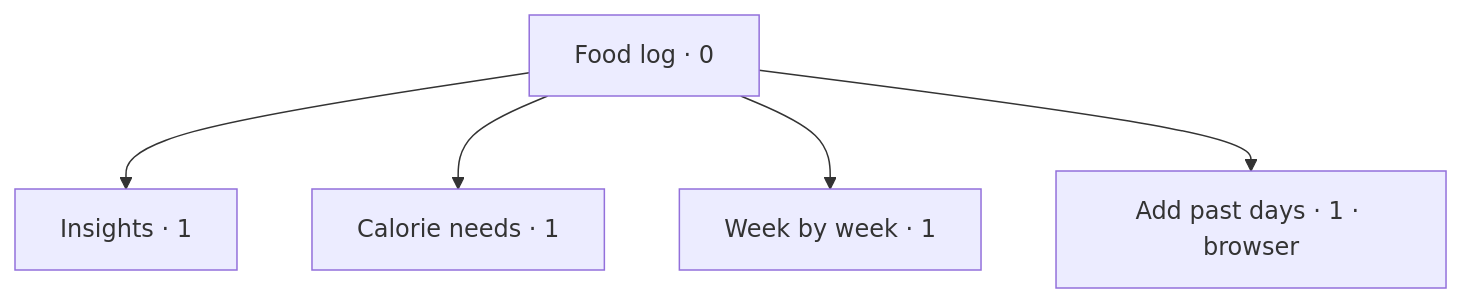
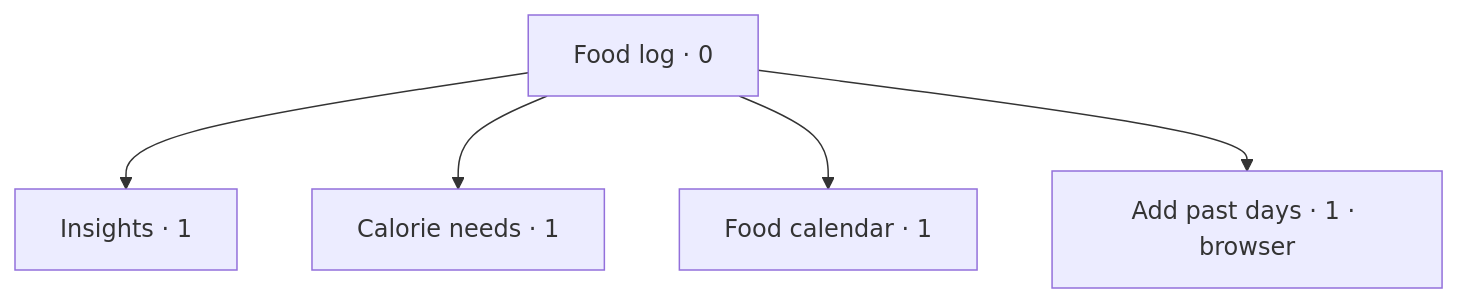
One commit to BenCBanks/kinetta changed the seventh of 14 diagrams in docs/app-map.md. Above: the diagram before and after it, drawn with Mermaid. The commit also changed other lines of this file and 9 other files, not shown here.

````diff
--- a/docs/app-map.md
+++ b/docs/app-map.md
@@ -438,7 +439,7 @@
 ```mermaid
 flowchart TD
  N["Food log · 0"] --> I["Insights · 1"]
  N --> C["Calorie needs · 1"]
- N --> W["Week by week · 1"]
+ N --> D["Food calendar · 1"]
  N --> H["Add past days · 1 · browser"]
 ```
````
